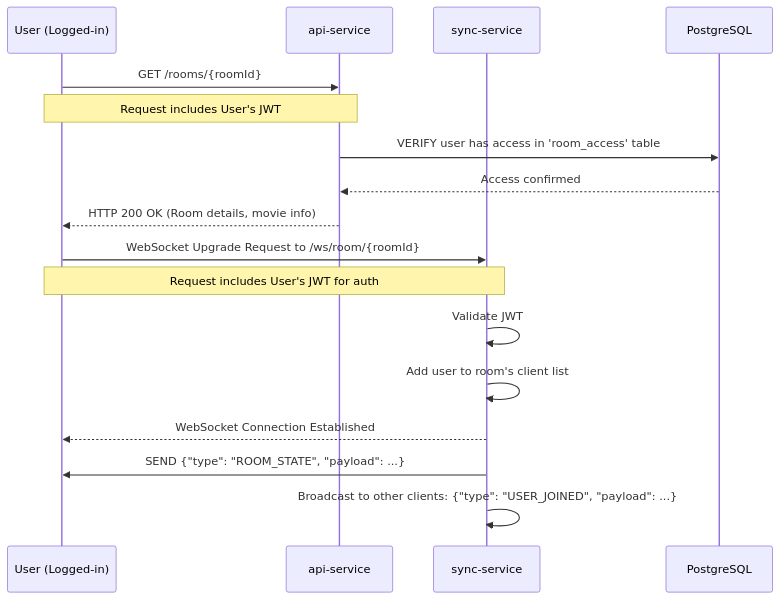
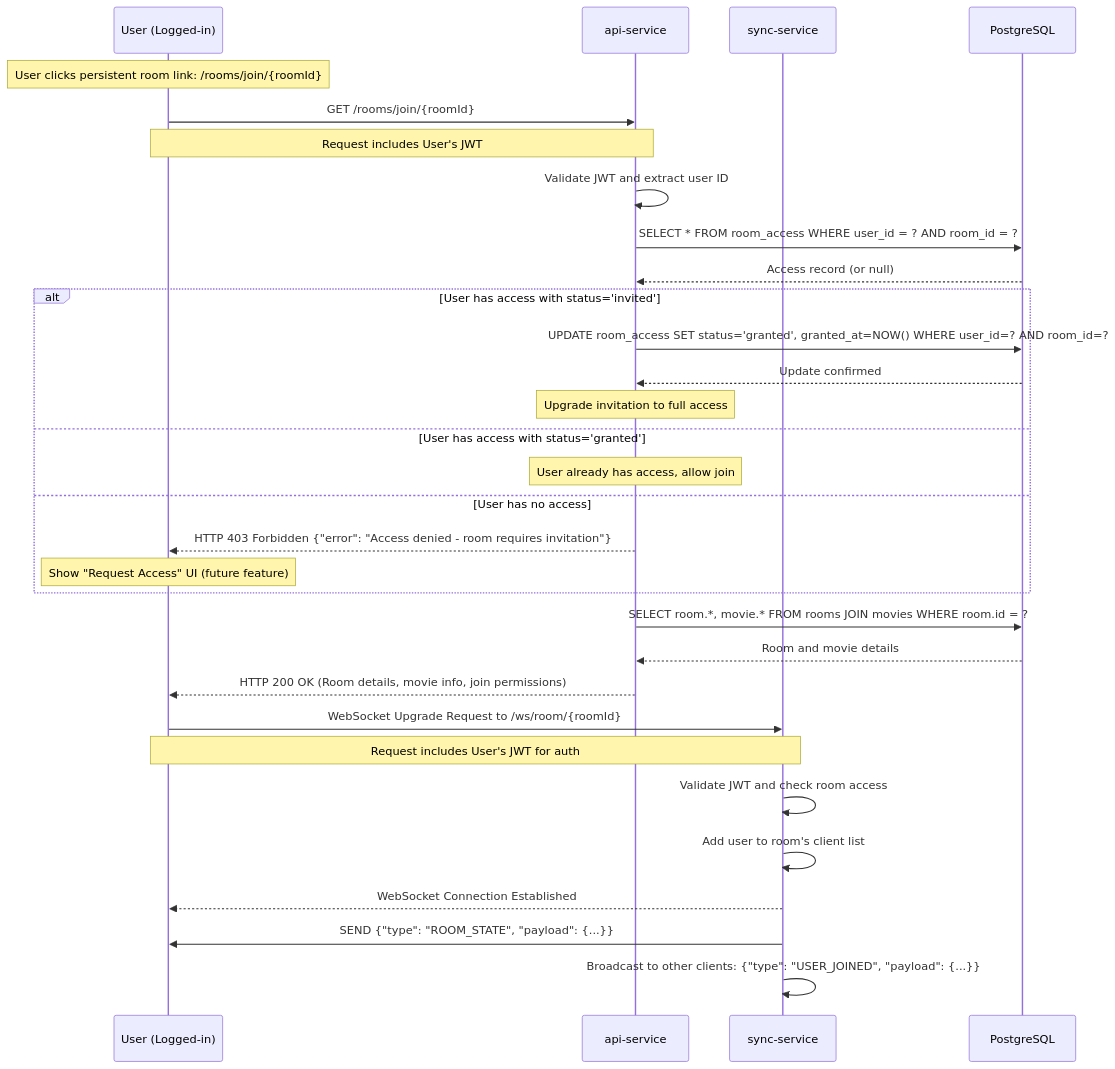
One commit to c3llus/watch-party changed the diagram in docs/sequence-diagram/4-logged-in-user-joins-room.mermaid. Above: the diagram before and after it, drawn with Mermaid. The commit also changed 12 other files, not shown here.

Commit message:
chore(backend): improve user's watch party room experience using a persistent one time approval system

```diff
--- a/docs/sequence-diagram/4-logged-in-user-joins-room.mermaid
+++ b/docs/sequence-diagram/4-logged-in-user-joins-room.mermaid
@@ -1,19 +1,36 @@
 sequenceDiagram
     participant U as User (Logged-in)
     participant API as api-service
     participant Sync as sync-service
     participant DB as PostgreSQL
 
-    U->>API: GET /rooms/{roomId}
+    Note over U: User clicks persistent room link: /rooms/join/{roomId}
+    
+    U->>API: GET /rooms/join/{roomId}
     Note over U, API: Request includes User's JWT
-    API->>DB: VERIFY user has access in 'room_access' table
-    DB-->>API: Access confirmed
-    API-->>U: HTTP 200 OK (Room details, movie info)
+    API->>API: Validate JWT and extract user ID
+    API->>DB: SELECT * FROM room_access WHERE user_id = ? AND room_id = ?
+    DB-->>API: Access record (or null)
+    
+    alt User has access with status='invited'
+        API->>DB: UPDATE room_access SET status='granted', granted_at=NOW() WHERE user_id=? AND room_id=?
+        DB-->>API: Update confirmed
+        Note over API: Upgrade invitation to full access
+    else User has access with status='granted'
+        Note over API: User already has access, allow join
+    else User has no access
+        API-->>U: HTTP 403 Forbidden {"error": "Access denied - room requires invitation"}
+        Note over U: Show "Request Access" UI (future feature)
+    end
+    
+    API->>DB: SELECT room.*, movie.* FROM rooms JOIN movies WHERE room.id = ?
+    DB-->>API: Room and movie details
+    API-->>U: HTTP 200 OK (Room details, movie info, join permissions)
 
     U->>Sync: WebSocket Upgrade Request to /ws/room/{roomId}
     Note over U, Sync: Request includes User's JWT for auth
-    Sync->>Sync: Validate JWT
+    Sync->>Sync: Validate JWT and check room access
     Sync->>Sync: Add user to room's client list
     Sync-->>U: WebSocket Connection Established
-    Sync->>U: SEND {"type": "ROOM_STATE", "payload": ...}
-    Sync->>Sync: Broadcast to other clients: {"type": "USER_JOINED", "payload": ...}
+    Sync->>U: SEND {"type": "ROOM_STATE", "payload": {...}}
+    Sync->>Sync: Broadcast to other clients: {"type": "USER_JOINED", "payload": {...}}
```
